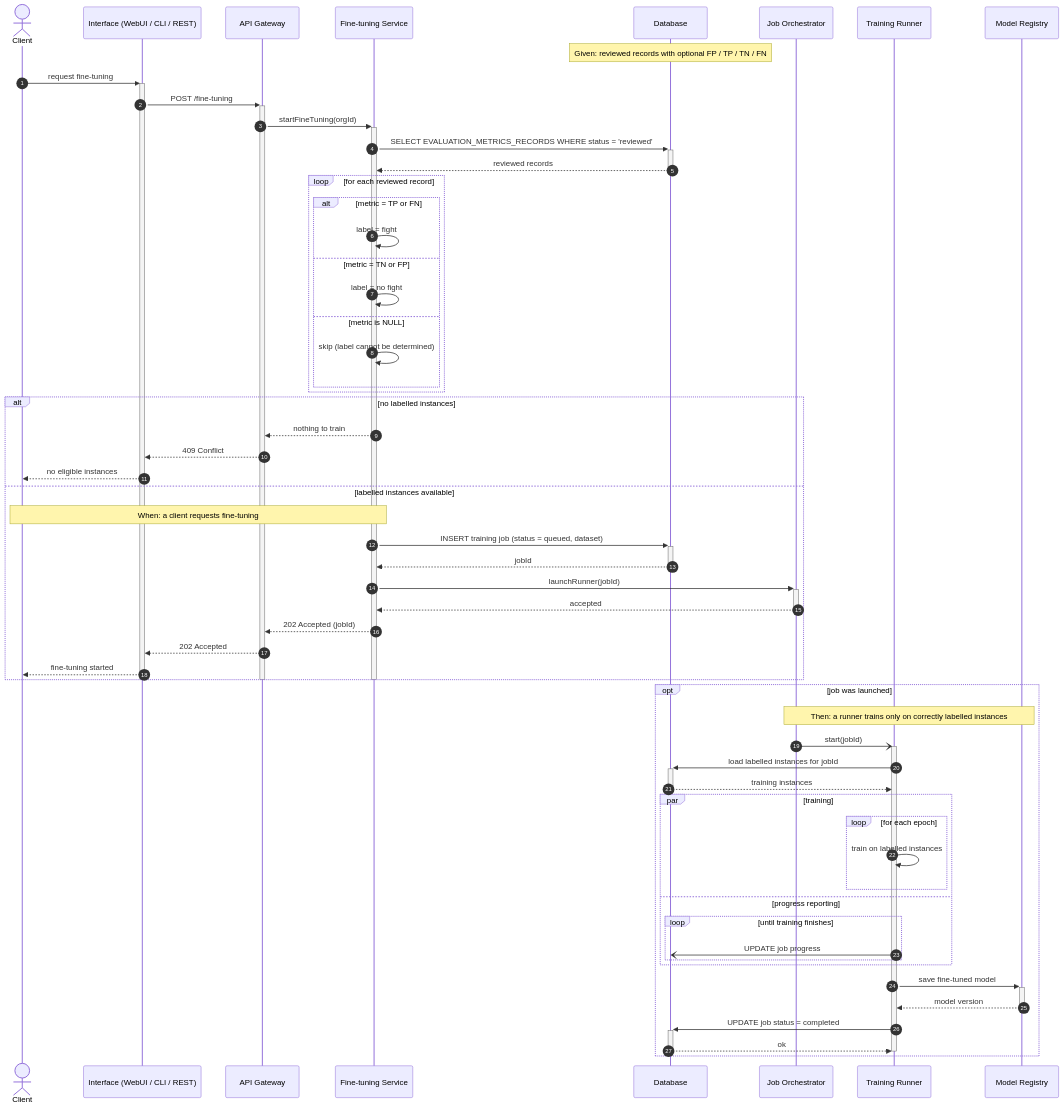
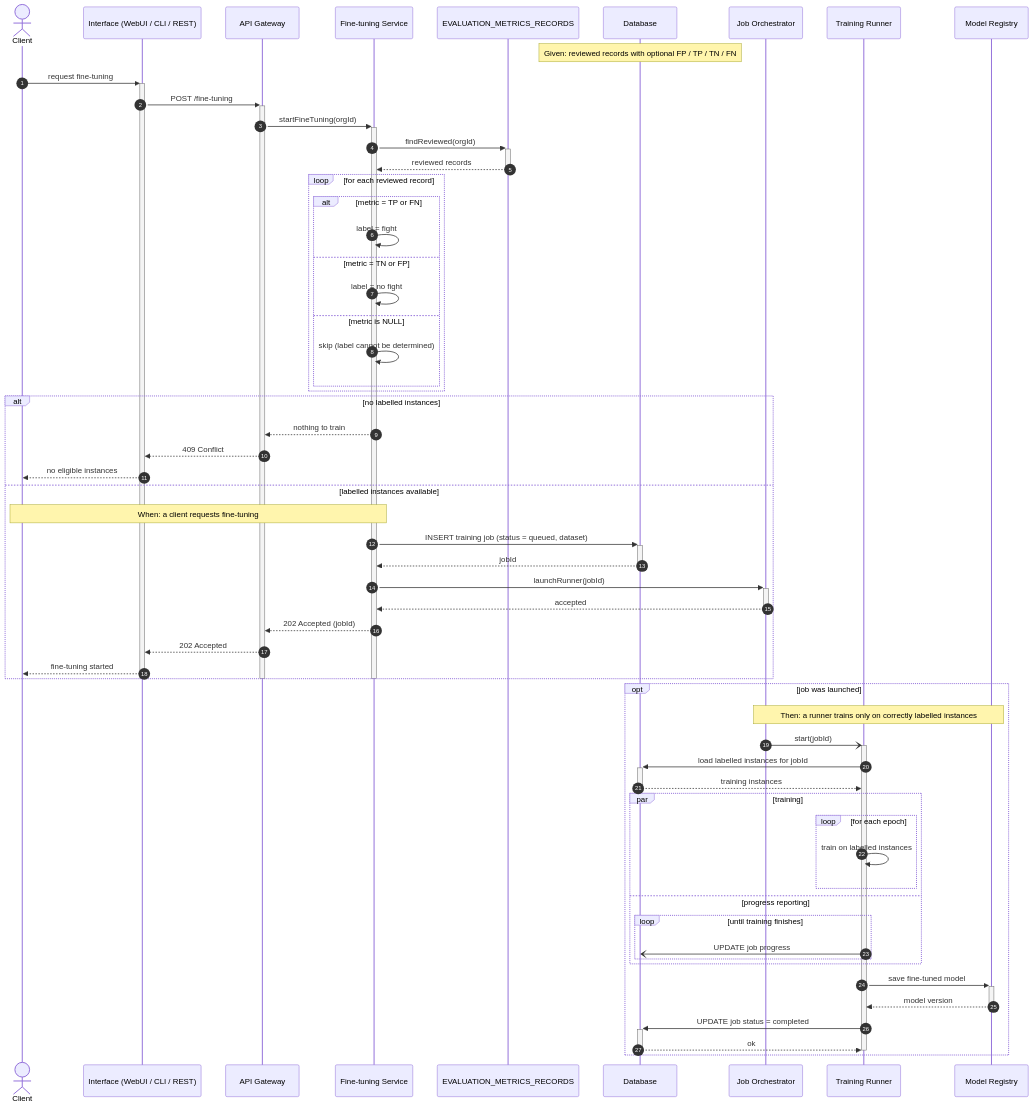
The sixth of 7 diagrams in lab-3/Sequence-diagrams.md (yeghor/FICE-KPI-Labs), drawn with Mermaid before and after one commit. The commit also changed other lines of this file and 1 other file, not shown here.

````diff
--- a/lab-3/Sequence-diagrams.md
+++ b/lab-3/Sequence-diagrams.md
@@ -299,66 +300,67 @@
 ```mermaid
 sequenceDiagram
     autonumber
     actor Client
     participant UI as Interface (WebUI / CLI / REST)
     participant API as API Gateway
     participant FT as Fine-tuning Service
+    participant Metrics as EVALUATION_METRICS_RECORDS
     participant DB as Database
     participant Orch as Job Orchestrator
     participant Trainer as Training Runner
     participant Reg as Model Registry
 
     Note over DB: Given: reviewed records with optional FP / TP / TN / FN
     Client->>+UI: request fine-tuning
     UI->>+API: POST /fine-tuning
     API->>+FT: startFineTuning(orgId)
-    FT->>+DB: SELECT EVALUATION_METRICS_RECORDS WHERE status = 'reviewed'
-    DB-->>-FT: reviewed records
+    FT->>+Metrics: findReviewed(orgId)
+    Metrics-->>-FT: reviewed records
     loop for each reviewed record
         alt metric = TP or FN
             FT->>FT: label = fight
         else metric = TN or FP
             FT->>FT: label = no fight
         else metric is NULL
             FT->>FT: skip (label cannot be determined)
         end
     end
     alt no labelled instances
         FT-->>API: nothing to train
         API-->>UI: 409 Conflict
         UI-->>Client: no eligible instances
     else labelled instances available
         Note over Client,FT: When: a client requests fine-tuning
         FT->>+DB: INSERT training job (status = queued, dataset)
         DB-->>-FT: jobId
         FT->>+Orch: launchRunner(jobId)
         Orch-->>-FT: accepted
         FT-->>API: 202 Accepted (jobId)
         API-->>UI: 202 Accepted
         UI-->>Client: fine-tuning started
     end
     deactivate FT
     deactivate API
     deactivate UI
 
     opt job was launched
         Note over Orch,Reg: Then: a runner trains only on correctly labelled instances
         Orch-)+Trainer: start(jobId)
         Trainer->>+DB: load labelled instances for jobId
         DB-->>-Trainer: training instances
         par training
             loop for each epoch
                 Trainer->>Trainer: train on labelled instances
             end
         and progress reporting
             loop until training finishes
                 Trainer-)DB: UPDATE job progress
             end
         end
         Trainer->>+Reg: save fine-tuned model
         Reg-->>-Trainer: model version
         Trainer->>+DB: UPDATE job status = completed
         DB-->>-Trainer: ok
         deactivate Trainer
     end
 ```
````
